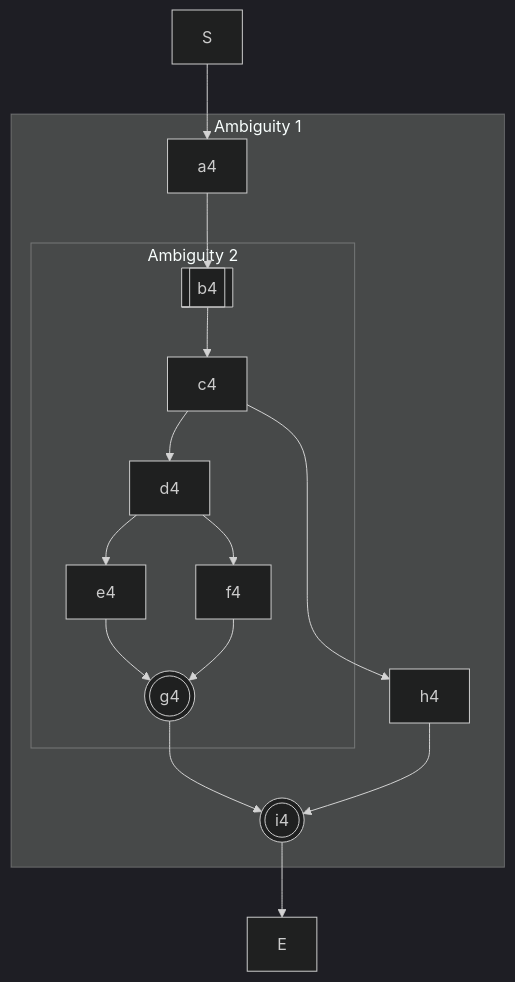
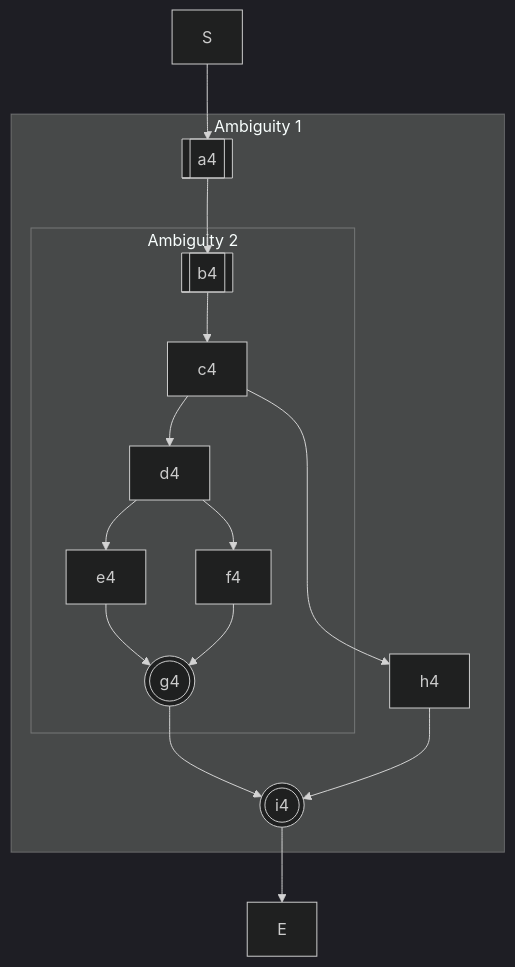
One commit to vczh-websites/vczh changed diagram 17 of 17 in Blog/GLR-Refactoring/Mermaid.md. Above: the diagram before and after it, drawn with Mermaid (dark theme).

````diff
--- a/Blog/GLR-Refactoring/Mermaid.md
+++ b/Blog/GLR-Refactoring/Mermaid.md
@@ -295,13 +295,13 @@
 ```mermaid
 graph TD
   subgraph Ambiguity 1
     subgraph Ambiguity 2
       b4[[b4]]-->c4-->d4 --> e4 & f4-->g4(((g4)))
     end
-    a4-->b4
+    a4[[a4]]-->b4
     c4-->h4
     g4 & h4-->i4(((i4)))
   end
   S-->a4
   i4-->E
 ```
````
